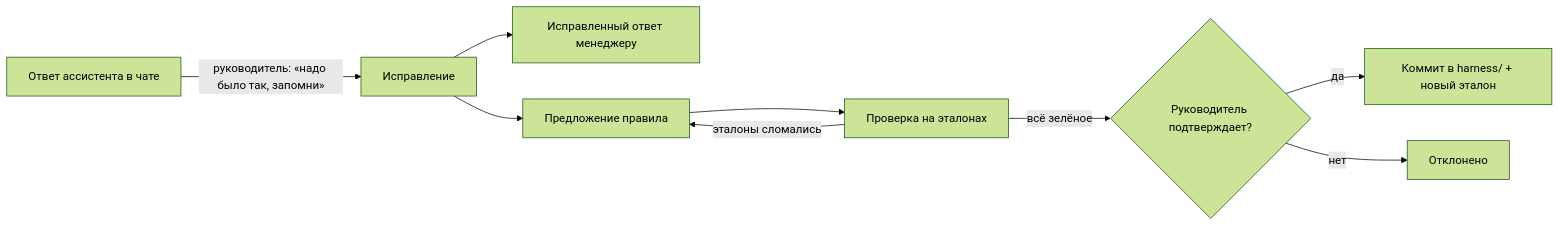
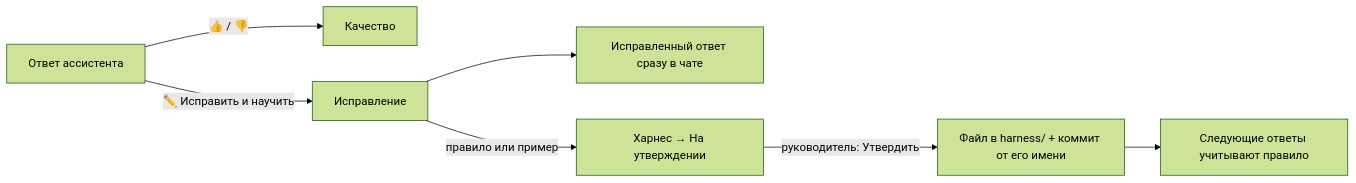
The second of 2 diagrams in README.md (exmuzzy/ameri), drawn with Mermaid (forest theme) before and after one commit. The commit also changed other lines of this file and 3 other files, not shown here.

````diff
--- a/README.md
+++ b/README.md
@@ -70,11 +97,9 @@
 ```mermaid
 flowchart LR
-    A[Ответ ассистента в чате] -->|руководитель: «надо было так, запомни»| B[Исправление]
-    B --> C[Исправленный ответ менеджеру]
-    B --> D[Предложение правила]
-    D --> E[Проверка на эталонах]
-    E -->|эталоны сломались| D
-    E -->|всё зелёное| F{Руководитель подтверждает?}
-    F -->|да| G[Коммит в harness/ + новый эталон]
-    F -->|нет| H[Отклонено]
+    A[Ответ ассистента] -->|👍 / 👎| Q[Качество]
+    A -->|✏️ Исправить и научить| B[Исправление]
+    B --> C[Исправленный ответ сразу в чате]
+    B -->|правило или пример| D[Харнес → На утверждении]
+    D -->|руководитель: Утвердить| G[Файл в harness/ + коммит от его имени]
+    G --> N[Следующие ответы учитывают правило]
 ```
````
